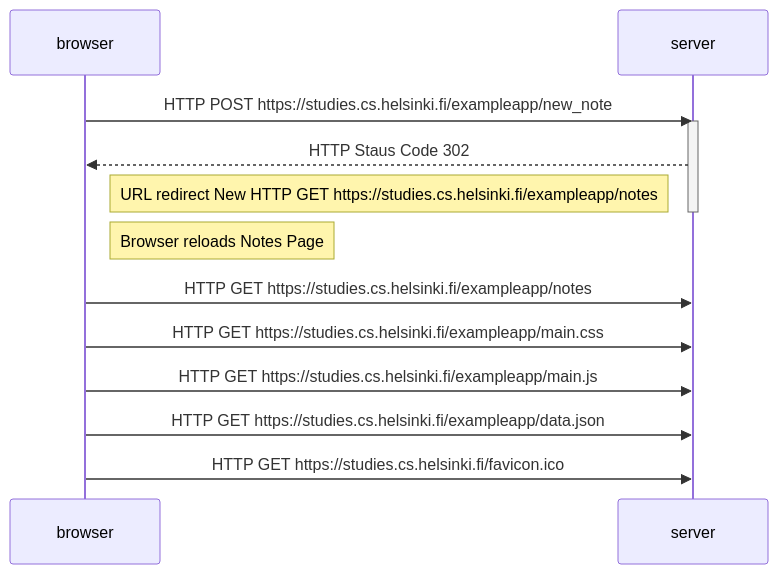
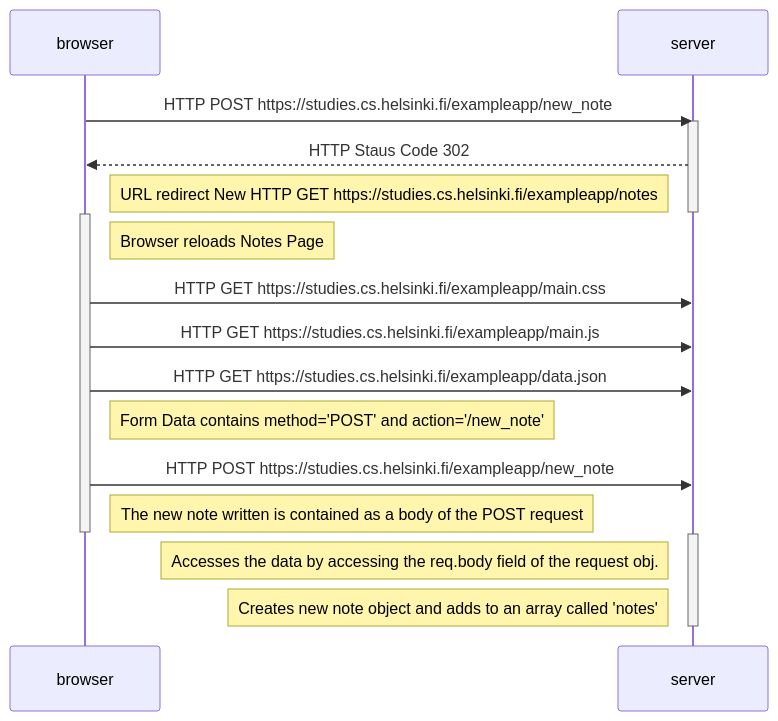
One commit to jsphotos205/full_stack_open changed the diagram in 0/example04.md. Above: the diagram before and after it, drawn with Mermaid. The commit also changed 1 other file, not shown here.

Commit message:
mermaid graphs

````diff
--- a/0/example04.md
+++ b/0/example04.md
@@ -1,20 +1,28 @@
 ```mermaid
 sequenceDiagram
 
 participant browser
 participant server
 
 browser->>server: HTTP POST https://studies.cs.helsinki.fi/exampleapp/new_note
 activate server
 server-->>browser: HTTP Staus Code 302
 Note left of server: URL redirect New HTTP GET https://studies.cs.helsinki.fi/exampleapp/notes
 deactivate server
 
+activate browser
 Note right of browser: Browser reloads Notes Page
 
-browser->>server: HTTP GET https://studies.cs.helsinki.fi/exampleapp/notes
 browser->>server: HTTP GET https://studies.cs.helsinki.fi/exampleapp/main.css
 browser->>server: HTTP GET https://studies.cs.helsinki.fi/exampleapp/main.js
 browser->>server: HTTP GET https://studies.cs.helsinki.fi/exampleapp/data.json
-browser->>server: HTTP GET https://studies.cs.helsinki.fi/favicon.ico
+Note right of browser: Form Data contains method='POST' and action='/new_note'
+browser->>server: HTTP POST https://studies.cs.helsinki.fi/exampleapp/new_note
+Note right of browser: The new note written is contained as a body of the POST request
+deactivate browser
+
+activate server
+Note left of server: Accesses the data by accessing the req.body field of the request obj.
+Note left of server: Creates new note object and adds to an array called 'notes'
+deactivate server
 ```
````
